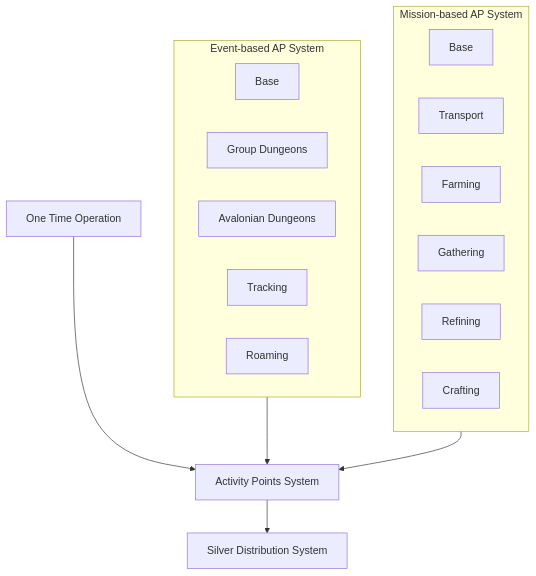
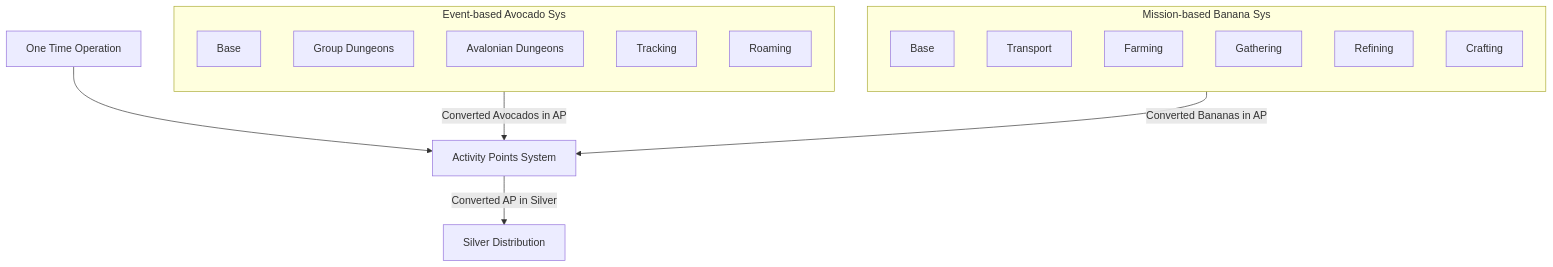
One commit to ctse2k1/sfl-public-projects changed the diagram in new_point_system_proposal_option_c.md. Above: the diagram before and after it, drawn with Mermaid.

Commit message:
Update new_point_system_proposal_option_c.md
Updated diagram for Option C

````diff
--- a/new_point_system_proposal_option_c.md
+++ b/new_point_system_proposal_option_c.md
@@ -34,24 +34,29 @@
 ```mermaid
 flowchart TD
-    subgraph EventSystem[Event-based AP System]
-        BaseEvent[Base]
-        GroupDungeonsEvent[Group Dungeons]
-        AvalonianDungeonsEvent[Avalonian Dungeons]
-        TrackingEvent[Tracking]
-        RoamingEvent[Roaming]
+    subgraph AvocadoSystem["Event-based Avocado Sys"]
+        direction TB
+        A_Base[Base]
+        A_Group[Group Dungeons]
+        A_Avalon[Avalonian Dungeons]
+        A_Track[Tracking]
+        A_Roam[Roaming]
     end
 
-    subgraph MissionSystem[Mission-based AP System]
-        BaseMission[Base]
-        TransportMission[Transport]
-        FarmingMission[Farming]
-        GatheringMission[Gathering]
-        RefiningMission[Refining]
-        CraftingMission[Crafting]
+    subgraph BananaSystem["Mission-based Banana Sys"]
+        direction TB
+        B_Base[Base]
+        B_Transport[Transport]
+        B_Farm[Farming]
+        B_Gather[Gathering]
+        B_Refine[Refining]
+        B_Craft[Crafting]
     end
 
-    EventSystem --> APSystem[Activity Points System]
-    MissionSystem --> APSystem
-    APSystem --> SilverSystem[Silver Distribution System]
-    Manual[One Time Operation] --> APSystem
+    AvocadoSystem -->|Converted Avocados in AP| AP[Activity Points System]
+    BananaSystem -->|Converted Bananas in AP| AP
+    AP -->|Converted AP in Silver| Silver[Silver Distribution]
+    Admin[One Time Operation] --> AP
+
+    classDef avocado fill:#e3f9d2,stroke:#333
+    classDef banana fill:#fde2e2,stroke:#333
 ```
````
